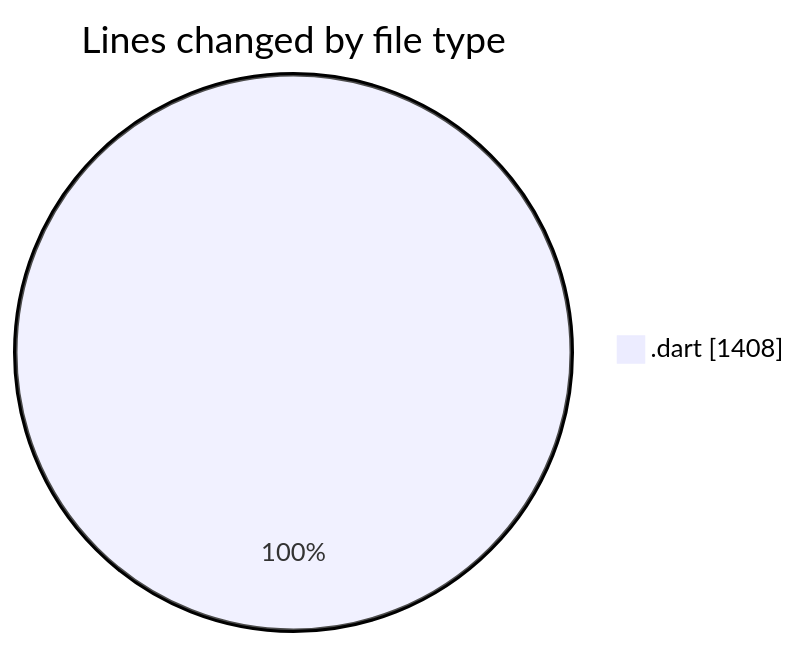
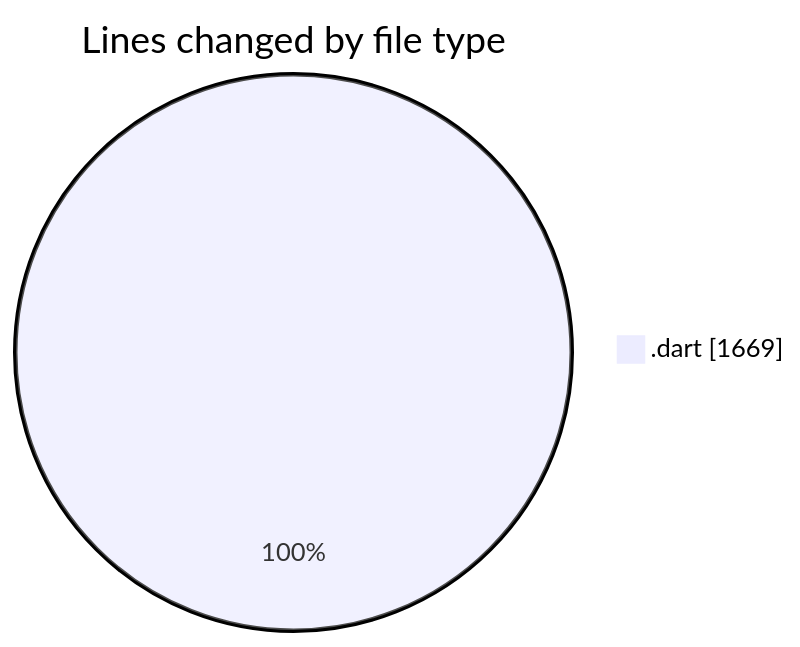
One commit to lephambinh05/code-tracking changed the first of 2 diagrams in 2025-09-03/quanlylink/README.md. Above: the diagram before and after it, drawn with Mermaid. The commit also changed other lines of this file and 1 other file, not shown here.

````diff
--- a/2025-09-03/quanlylink/README.md
+++ b/2025-09-03/quanlylink/README.md
@@ -25,5 +25,5 @@
 ```mermaid
 pie showData
 title Lines changed by file type
-".dart" : 1408
+".dart" : 1669
 ```
````
